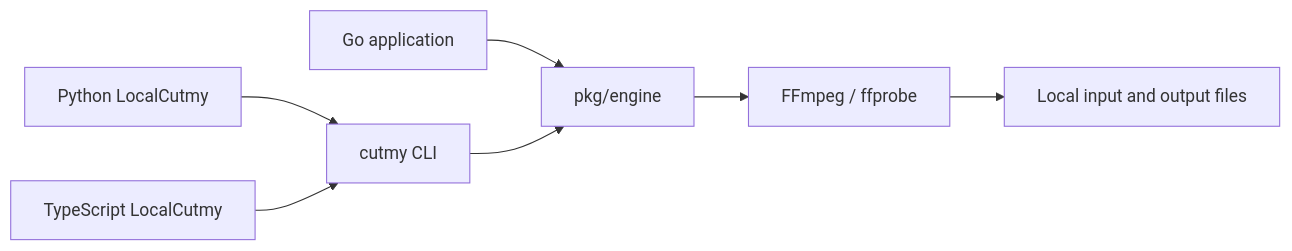
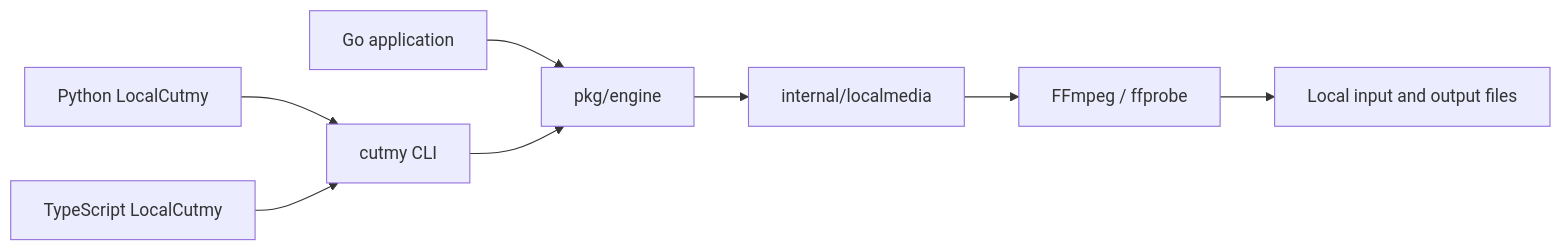
The first of 2 diagrams in docs/architecture.md (Kay0k1/cutmyvideo-core), drawn with Mermaid before and after one commit. The commit also changed other lines of this file and 70 other files, not shown here.

````diff
--- a/docs/architecture.md
+++ b/docs/architecture.md
@@ -12,9 +12,10 @@
 ```mermaid
 flowchart LR
     GoApp[Go application] --> Engine[pkg/engine]
     CLI[cutmy CLI] --> Engine
     Python[Python LocalCutmy] --> CLI
     TypeScript[TypeScript LocalCutmy] --> CLI
-    Engine --> Tools[FFmpeg / ffprobe]
+    Engine --> Backend[internal/localmedia]
+    Backend --> Tools[FFmpeg / ffprobe]
     Tools --> Files[Local input and output files]
 ```
````
